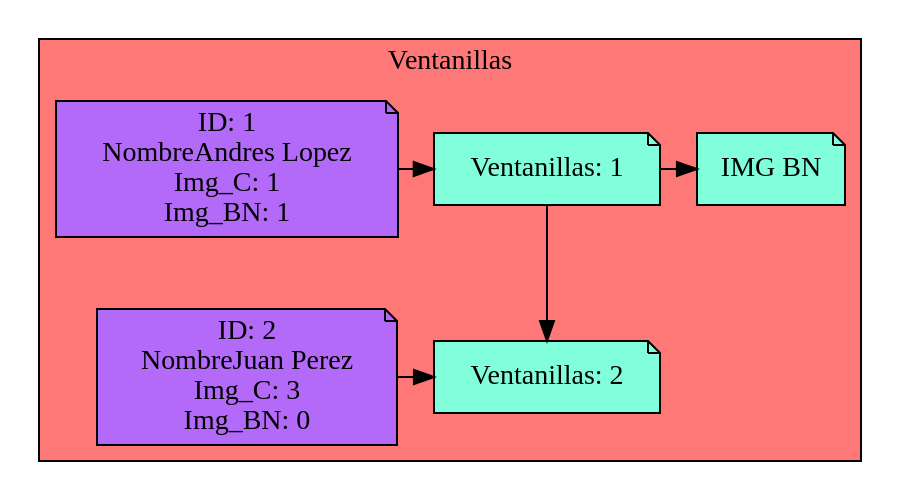
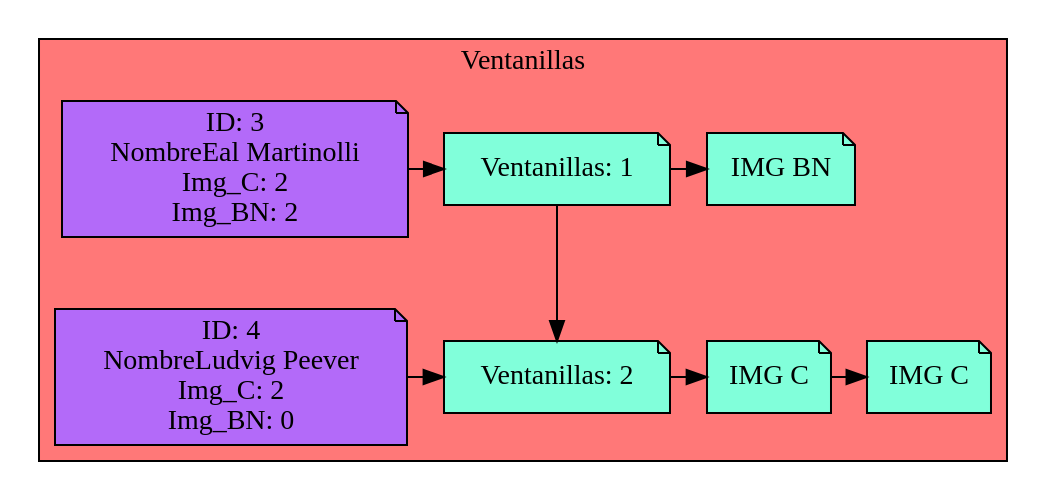
One commit to Serch-ING/EDD_UDRAWING_202000119 changed the diagram in Simple_Windows.dot. Above: the diagram before and after it, drawn with Graphviz. The commit also changed 12 other files, not shown here.

```diff
--- a/Simple_Windows.dot
+++ b/Simple_Windows.dot
@@ -1,26 +1,32 @@
 digraph L {
 node[shape=note fillcolor="#A181FF" style =filled]
 subgraph cluster_p{
     label= " Ventanillas "
     bgcolor = "#FF7878"
-Nodo1882554559[label="Ventanillas: 1",fillcolor="#81FFDA",group=1]
-Nodo1049817027[label="Ventanillas: 2",fillcolor="#81FFDA",group=2]
+Nodo1661081225[label="Ventanillas: 1",fillcolor="#81FFDA",group=1]
+Nodo1882554559[label="Ventanillas: 2",fillcolor="#81FFDA",group=2]
 
-Nodo1882554559 -> Nodo1049817027
+Nodo1661081225 -> Nodo1882554559
 
-Cliente644345897[label="ID: 1
-NombreAndres Lopez
-Img_C: 1
-Img_BN: 1",fillcolor="#B36AF9",group=1]
-Cliente644345897-> Nodo1882554559
-Nodo1472682156[label="IMG BN",fillcolor="#81FFDA"]
+Cliente404214852[label="ID: 3
+NombreEal Martinolli
+Img_C: 2
+Img_BN: 2",fillcolor="#B36AF9",group=1]
+Cliente404214852-> Nodo1661081225
+Nodo957465255[label="IMG BN",fillcolor="#81FFDA"]
 
-Nodo1882554559 -> Nodo1472682156
+Nodo1661081225 -> Nodo957465255
 
-{rank=same;Nodo1882554559,Cliente644345897,Nodo1472682156}
-Cliente178049969[label="ID: 2
-NombreJuan Perez
-Img_C: 3
+{rank=same;Nodo1661081225,Cliente404214852,Nodo957465255}
+Cliente836220863[label="ID: 4
+NombreLudvig Peever
+Img_C: 2
 Img_BN: 0",fillcolor="#B36AF9",group=2]
-Cliente178049969-> Nodo1049817027
-{rank=same;Nodo1049817027,Cliente178049969}}}
+Cliente836220863-> Nodo1882554559
+Nodo1254344205[label="IMG C",fillcolor="#81FFDA"]
+Nodo1822971466[label="IMG C",fillcolor="#81FFDA"]
+Nodo1254344205 -> Nodo1822971466
+
+Nodo1882554559 -> Nodo1254344205
+
+{rank=same;Nodo1882554559,Cliente836220863,Nodo1254344205,Nodo1822971466}}}
```
